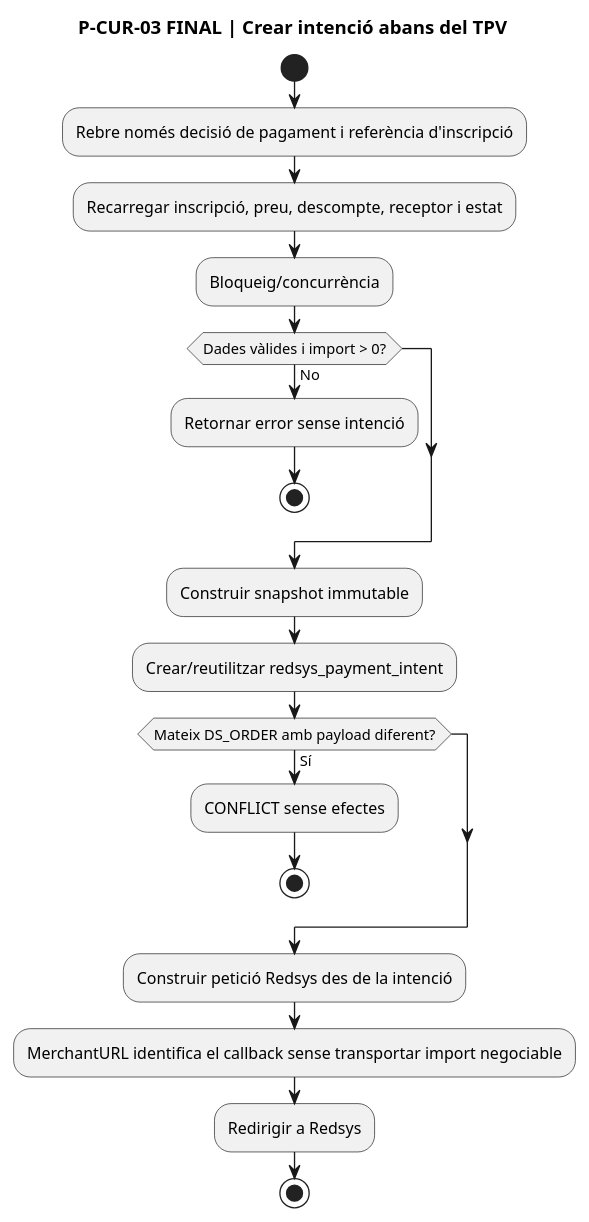
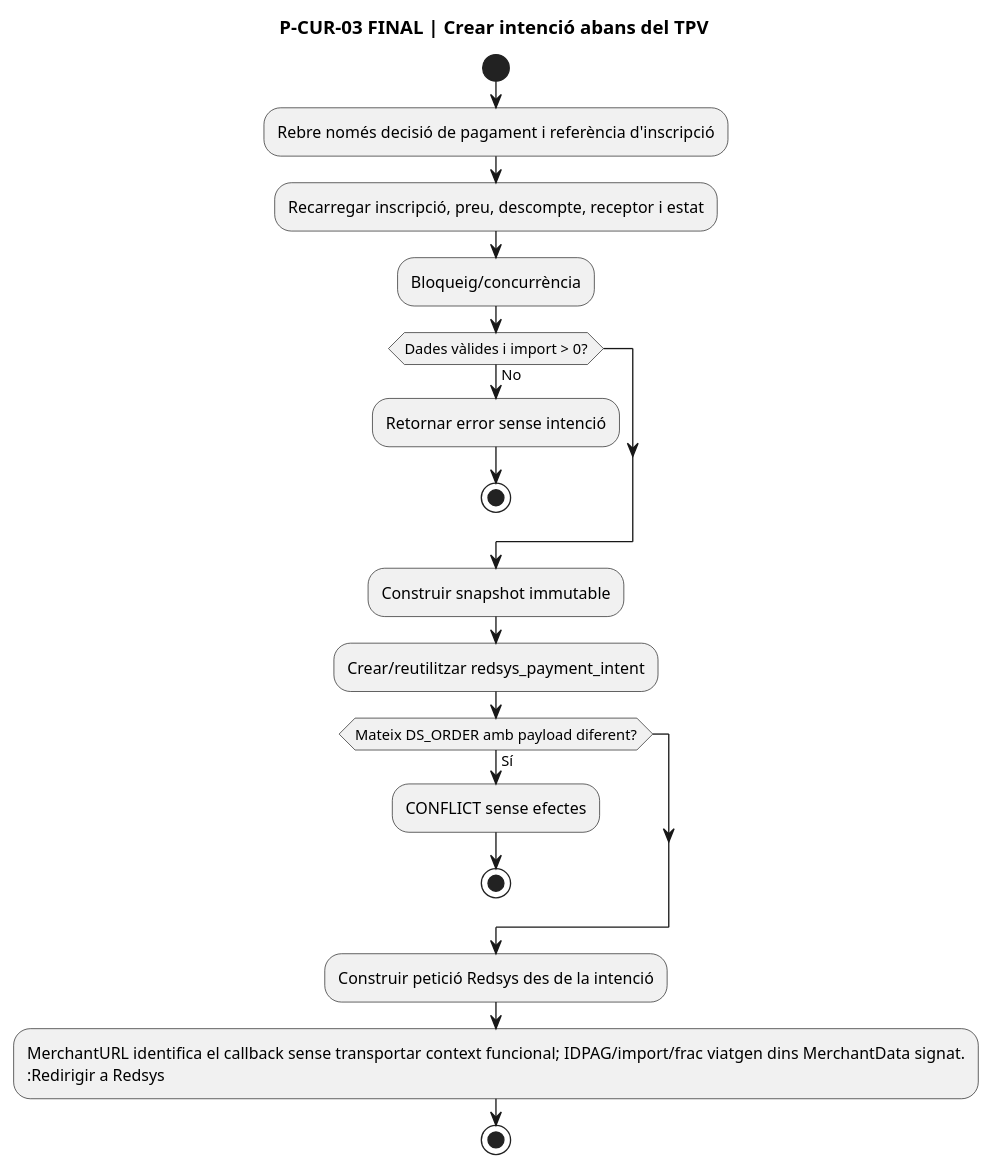
The sixth of 14 diagrams in documentacio/07-uml-integrat/uc-014-activitats-pagines-redsys-actual-final.md (orgmeriemprismacat-del/verifactu), drawn with PlantUML before and after one commit. The commit also changed other lines of this file, not shown here.

Commit message:
docs(UC-014): reconciliar context signat i DS_ORDER

````diff
--- a/documentacio/07-uml-integrat/uc-014-activitats-pagines-redsys-actual-final.md
+++ b/documentacio/07-uml-integrat/uc-014-activitats-pagines-redsys-actual-final.md
@@ -157,23 +157,23 @@
 ```plantuml
 @startuml
 title P-CUR-03 FINAL | Crear intenció abans del TPV
 start
 :Rebre només decisió de pagament i referència d'inscripció;
 :Recarregar inscripció, preu, descompte, receptor i estat;
 :Bloqueig/concurrència;
 if (Dades vàlides i import > 0?) then (No)
   :Retornar error sense intenció;
   stop
 endif
 :Construir snapshot immutable;
 :Crear/reutilitzar redsys_payment_intent;
 if (Mateix DS_ORDER amb payload diferent?) then (Sí)
   :CONFLICT sense efectes;
   stop
 endif
 :Construir petició Redsys des de la intenció;
-:MerchantURL identifica el callback sense transportar import negociable;
+:MerchantURL identifica el callback sense transportar context funcional; IDPAG/import/frac viatgen dins MerchantData signat.
 :Redirigir a Redsys;
 stop
 @enduml
 ```
````
